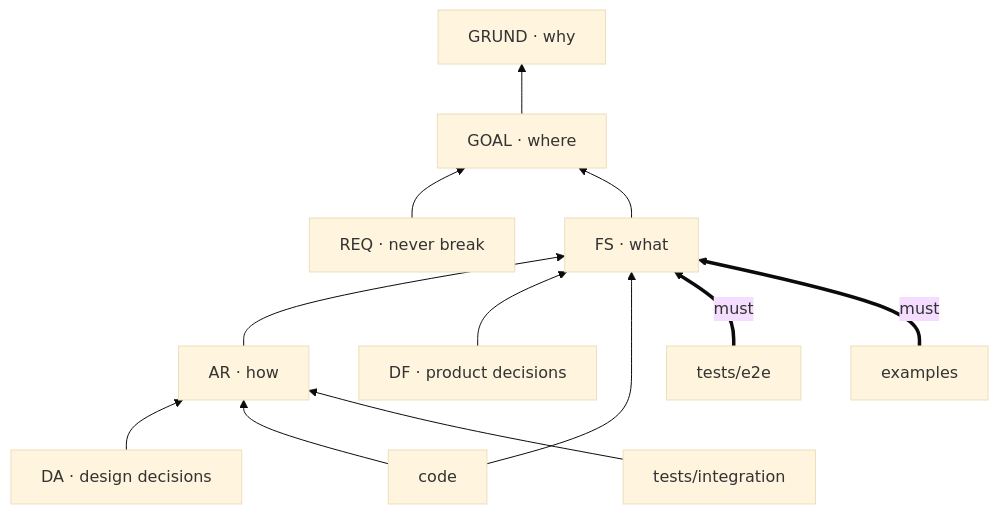
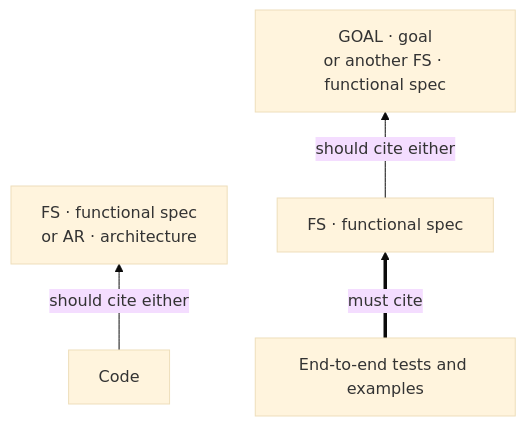
The diagram in README.md (vjovanov/grund-fork), drawn with Mermaid (base theme) before and after one commit. The commit also changed other lines of this file and 9 other files, not shown here.

````diff
--- a/README.md
+++ b/README.md
@@ -95,13 +100,6 @@
 ```mermaid
 flowchart BT
-  GOAL["GOAL · where"] --> GRUND["GRUND · why"]
-  REQ["REQ · never break"] --> GOAL
-  FS["FS · what"] --> GOAL
-  AR["AR · how"] --> FS
-  DF["DF · product decisions"] --> FS
-  DA["DA · design decisions"] --> AR
-  code --> FS & AR
-  integration["tests/integration"] --> AR
-  e2e["tests/e2e"] == must ==> FS
-  examples == must ==> FS
+  code["Code"] -->|should cite either| implementation["FS · functional spec<br/>or AR · architecture"]
+  tests["End-to-end tests and examples"] == must cite ==> FS["FS · functional spec"]
+  FS -->|should cite either| purpose["GOAL · goal<br/>or another FS · functional spec"]
 ```
````
